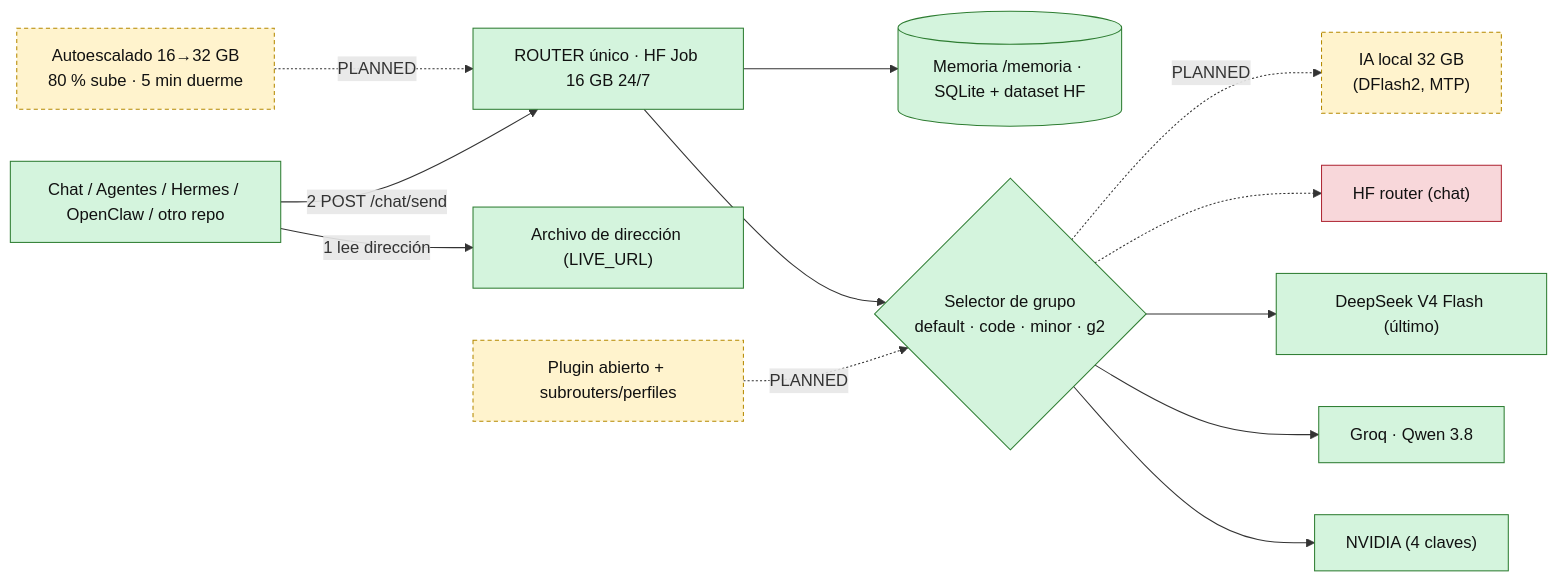
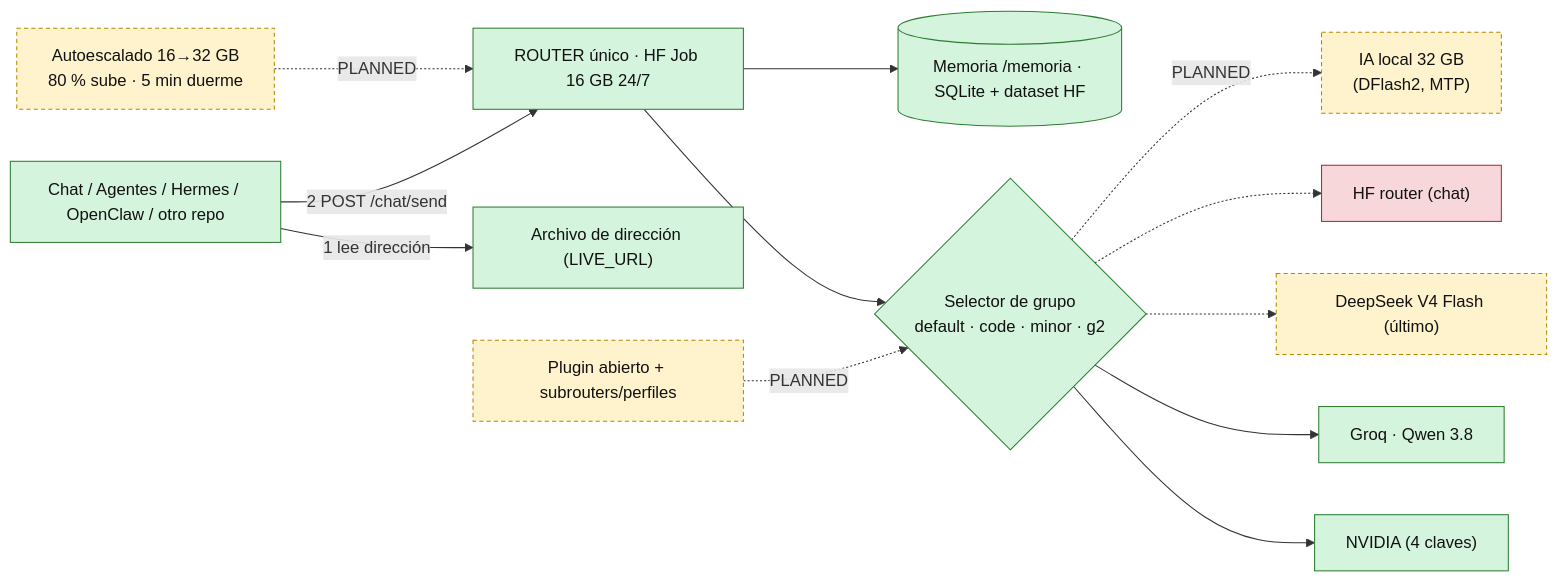
One commit to maxbry123-commits/router-universal-router-inteligente- changed the diagram in Readme arquitectura router inteligente universal/HUELLA-DIGITAL-ROUTER.md. Above: the diagram before and after it, drawn with Mermaid. The commit also changed other lines of this file, not shown here.

````diff
--- a/Readme arquitectura router inteligente universal/HUELLA-DIGITAL-ROUTER.md
+++ b/Readme arquitectura router inteligente universal/HUELLA-DIGITAL-ROUTER.md
@@ -72,30 +73,30 @@
 ```mermaid
 flowchart LR
   classDef ok fill:#d4f4dd,stroke:#2e7d32,color:#111
   classDef plan fill:#fff3cd,stroke:#b58900,stroke-dasharray:4 3,color:#111
   classDef bad fill:#f8d7da,stroke:#b02a37,color:#111
 
   U["Chat / Agentes / Hermes / OpenClaw / otro repo"]:::ok
   F["Archivo de dirección (LIVE_URL)"]:::ok
   R["ROUTER único · HF Job 16 GB 24/7"]:::ok
   S{"Selector de grupo<br/>default · code · minor · g2"}:::ok
   N["NVIDIA (4 claves)"]:::ok
   G["Groq · Qwen 3.8"]:::ok
-  D["DeepSeek V4 Flash (último)"]:::ok
+  D["DeepSeek V4 Flash (último)"]:::plan
   H["HF router (chat)"]:::bad
   L["IA local 32 GB<br/>(DFlash2, MTP)"]:::plan
   P["Plugin abierto + subrouters/perfiles"]:::plan
   A["Autoescalado 16→32 GB<br/>80 % sube · 5 min duerme"]:::plan
   M[("Memoria /memoria · SQLite + dataset HF")]:::ok
   U -->|1 lee dirección| F
   U -->|2 POST /chat/send| R
   R --> S
   S --> N
   S --> G
-  S --> D
+  S -.-> D
   S -.-> H
   S -.->|PLANNED| L
   P -.->|PLANNED| S
   A -.->|PLANNED| R
   R --> M
 ```
````
